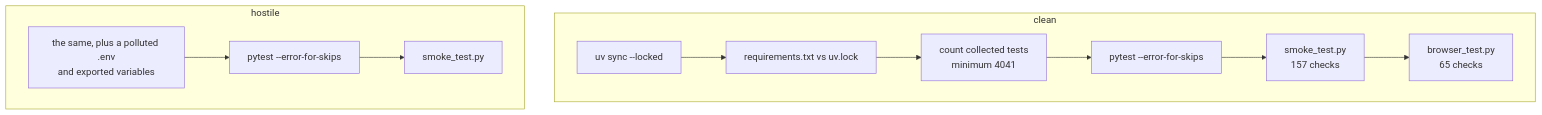
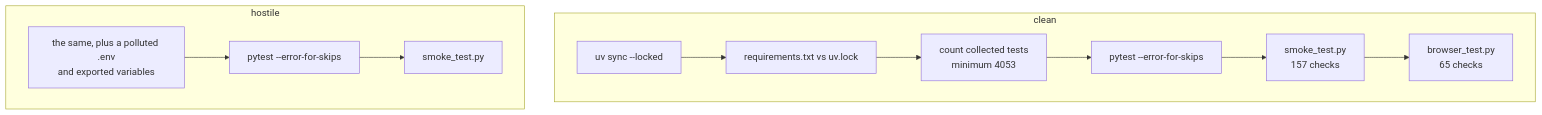
The diagram in docs/testing.md (IAMN1/link-shortener), drawn with Mermaid before and after one commit. The commit also changed other lines of this file and 15 other files, not shown here.

````diff
--- a/docs/testing.md
+++ b/docs/testing.md
@@ -409,12 +409,12 @@
 ```mermaid
 flowchart TD
     subgraph clean["clean"]
         C1[uv sync --locked] --> C2[requirements.txt vs uv.lock]
-        C2 --> C3[count collected tests<br/>minimum 4041] --> C4[pytest --error-for-skips]
+        C2 --> C3[count collected tests<br/>minimum 4053] --> C4[pytest --error-for-skips]
         C4 --> C5[smoke_test.py<br/>157 checks] --> C6[browser_test.py<br/>65 checks]
     end
     subgraph hostile["hostile"]
         H1[the same, plus a polluted .env<br/>and exported variables] --> H2[pytest --error-for-skips]
         H2 --> H3[smoke_test.py]
     end
 ```
````
